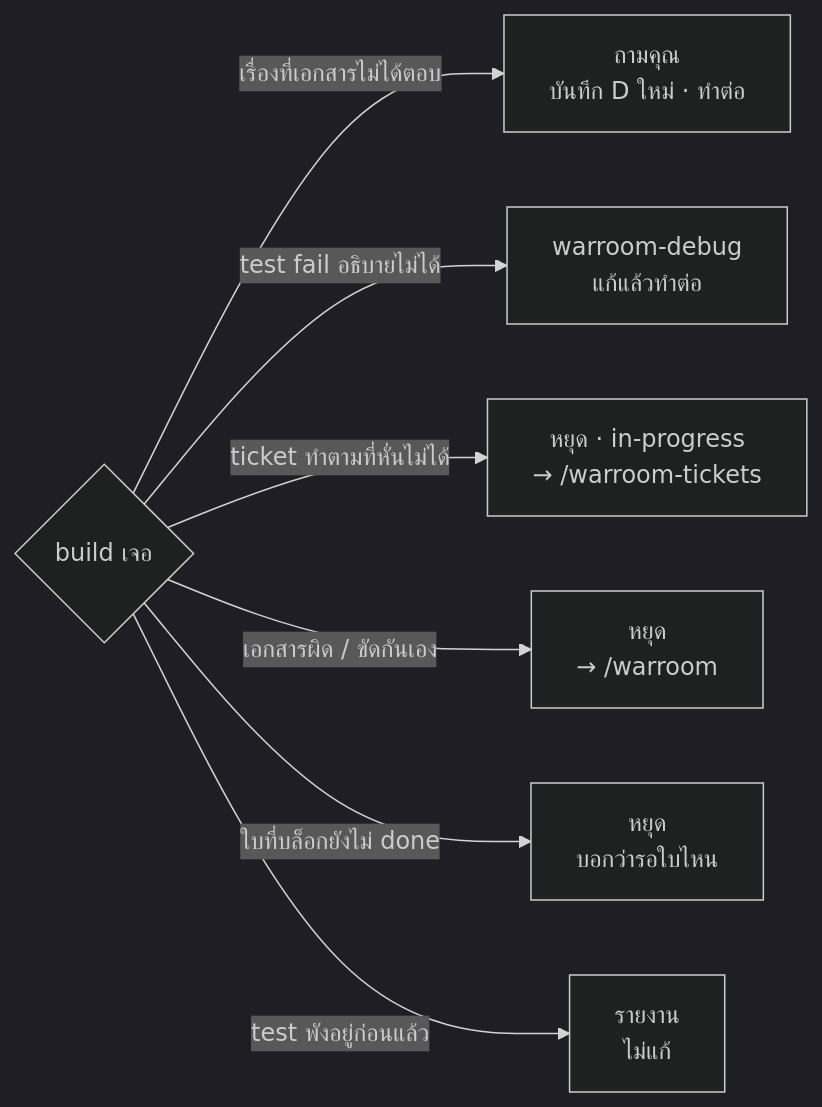
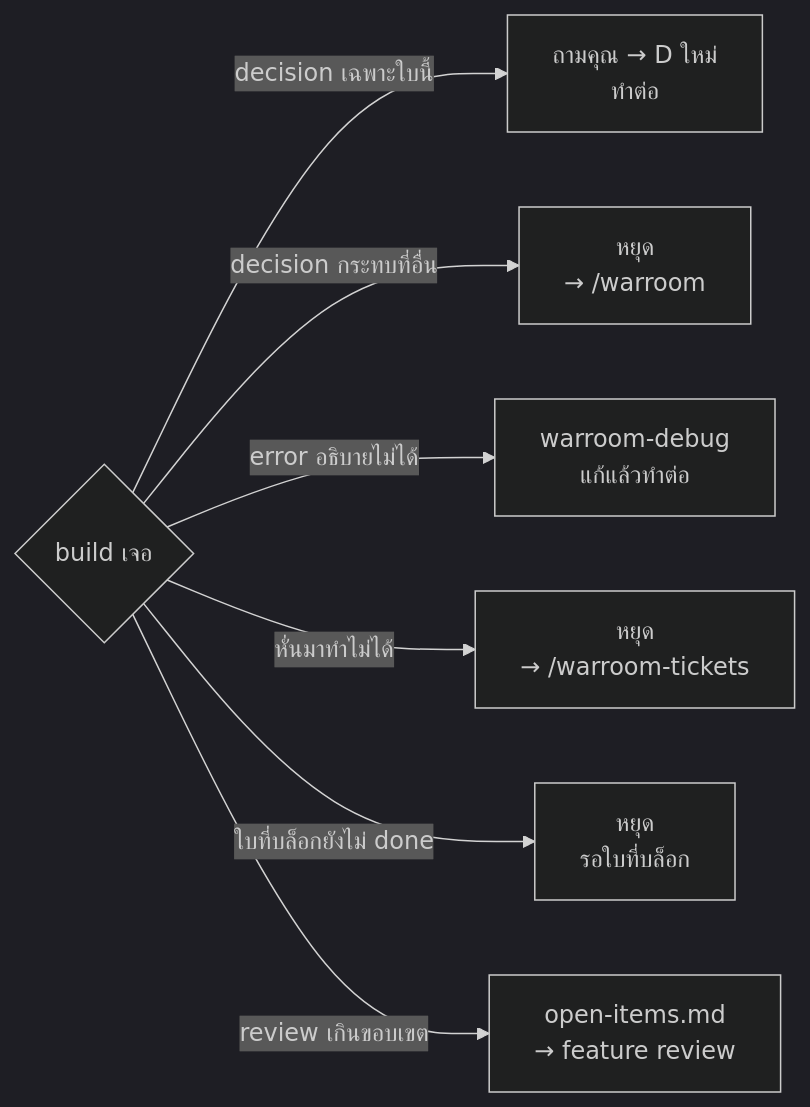
Before and after one commit to mousemouse094526/kiki-kit: the sixth of 9 diagrams in docs/flow.th.md, drawn with Mermaid (dark theme). The commit also changed other lines of this file and 6 other files, not shown here.

First line of the commit message:
feat(warroom): open-items.md tracks unfinished work; build splits local and wide decisions

````diff
--- a/docs/flow.th.md
+++ b/docs/flow.th.md
@@ -204,17 +204,17 @@
 ```mermaid
 flowchart LR
     X{"build เจอ"}
-    Q["ถามคุณ<br/>บันทึก D ใหม่ · ทำต่อ"]
-    D["warroom-debug<br/>แก้แล้วทำต่อ"]
-    S["หยุด · in-progress<br/>→ /warroom-tickets"]
-    W["หยุด<br/>→ /warroom"]
-    BL["หยุด<br/>บอกว่ารอใบไหน"]
-    R["รายงาน<br/>ไม่แก้"]
+    L["ถามคุณ → D ใหม่<br/>ทำต่อ"]
+    WD["หยุด<br/>→ /warroom"]
+    DB["warroom-debug<br/>แก้แล้วทำต่อ"]
+    RC["หยุด<br/>→ /warroom-tickets"]
+    BL["หยุด<br/>รอใบที่บล็อก"]
+    OI["open-items.md<br/>→ feature review"]
 
-    X -->|เรื่องที่เอกสารไม่ได้ตอบ| Q
-    X -->|test fail อธิบายไม่ได้| D
-    X -->|ticket ทำตามที่หั่นไม่ได้| S
-    X -->|เอกสารผิด / ขัดกันเอง| W
+    X -->|decision เฉพาะใบนี้| L
+    X -->|decision กระทบที่อื่น| WD
+    X -->|error อธิบายไม่ได้| DB
+    X -->|หั่นมาทำไม่ได้| RC
     X -->|ใบที่บล็อกยังไม่ done| BL
-    X -->|test พังอยู่ก่อนแล้ว| R
+    X -->|review เกินขอบเขต| OI
 ```
````
